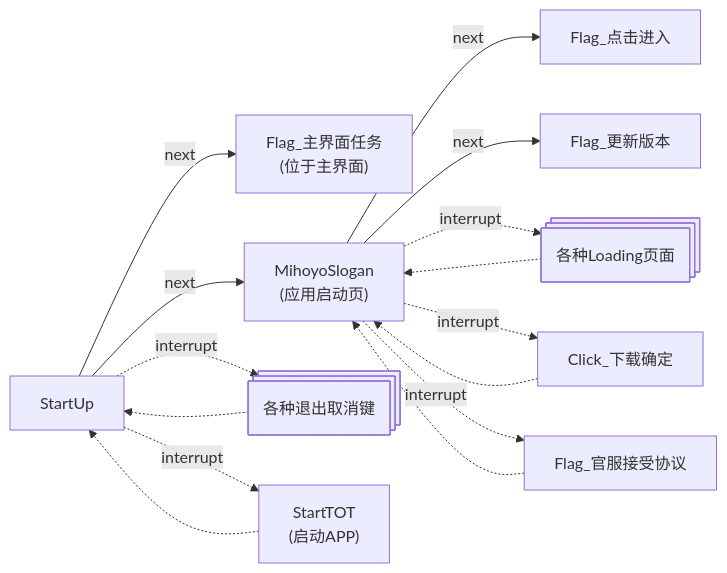
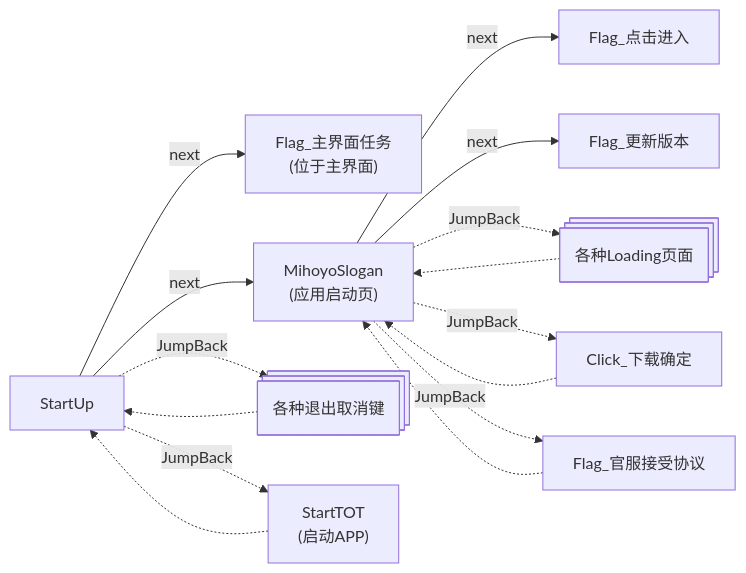
Before and after one commit to Coxwtwo/MaaTOT: the first of 40 diagrams in docs/zh_cn/develop/Pipeline说明.md, drawn with Mermaid. The commit also changed other lines of this file, not shown here.

Commit message:
docs: 完善 Pipeline 说明，新增未名市移动、未名市周任务文档，interrupt→JumpBack(MaaFramework v5.1 起已废弃 interrupt 字段）

````diff
--- a/docs/zh_cn/develop/Pipeline说明.md
+++ b/docs/zh_cn/develop/Pipeline说明.md
@@ -54,18 +54,18 @@
 ```mermaid
 flowchart LR
     n0["StartUp"] -->|next| n1["Flag_主界面任务<br>(位于主界面)"]
     n0 -->|next| n2["MihoyoSlogan<br>(应用启动页)"]
-    n0 -.->|interrupt| n3@{ shape: processes, label: "各种退出取消键"}
+    n0 -.->|JumpBack| n3@{ shape: processes, label: "各种退出取消键"}
     n3 -.-> n0
-    n0 -.->|interrupt| n4["StartTOT<br>(启动APP)"]
+    n0 -.->|JumpBack| n4["StartTOT<br>(启动APP)"]
     n4 -.-> n0
 
     n2 -->|next| n6["Flag_点击进入"]
     n2 -->|next| n7["Flag_更新版本"]
-    n2 -.->|interrupt| n8@{ shape: processes, label: "各种Loading页面"}
+    n2 -.->|JumpBack| n8@{ shape: processes, label: "各种Loading页面"}
     n8 -.-> n2
-    n2 -.->|interrupt| n9["Click_下载确定"]
+    n2 -.->|JumpBack| n9["Click_下载确定"]
     n9 -.-> n2
-    n2 -.->|interrupt| n10["Flag_官服接受协议"]
+    n2 -.->|JumpBack| n10["Flag_官服接受协议"]
     n10 -.-> n2
 ```
````
